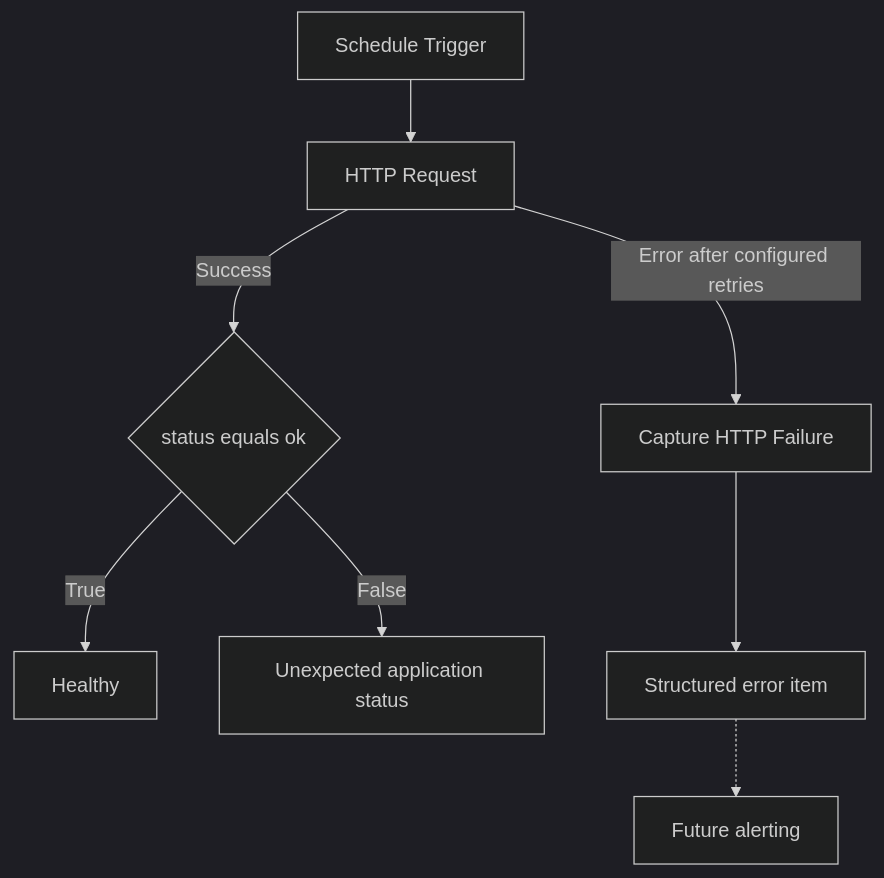
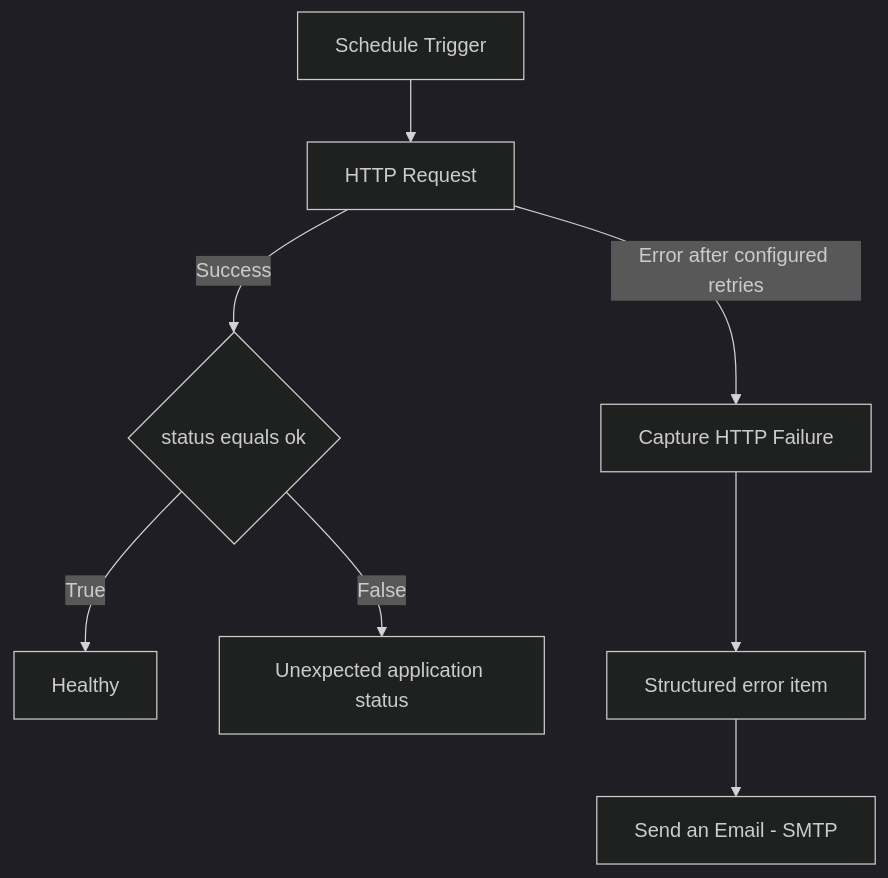
The third of 3 diagrams in docs/n8n/n8n-internal-architecture.md (rakeshv12/AI), drawn with Mermaid (dark theme) before and after one commit. The commit also changed other lines of this file, not shown here.

Commit message:
docs: reconcile architecture runbook with verified fault capture

````diff
--- a/docs/n8n/n8n-internal-architecture.md
+++ b/docs/n8n/n8n-internal-architecture.md
@@ -152,10 +152,10 @@
 ```mermaid
 flowchart TD
  S[Schedule Trigger] --> H[HTTP Request]
  H -->|Success| I{status equals ok}
  I -->|True| A[Healthy]
  I -->|False| B[Unexpected application status]
  H -->|Error after configured retries| F[Capture HTTP Failure]
  F --> J[Structured error item]
- J -.-> K[Future alerting]
+ J --> K[Send an Email - SMTP]
 ```
````
